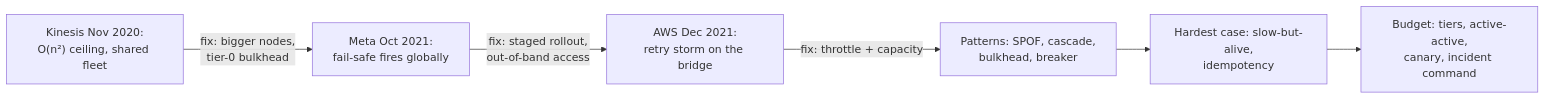
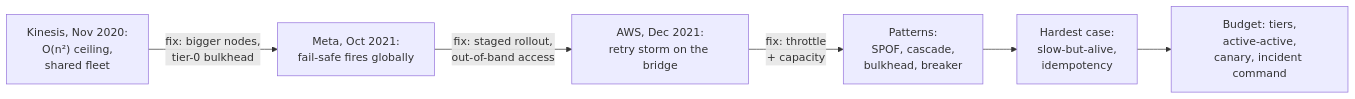
One commit to riyaz-pasha/Learnings changed diagram 11 of 11 in system-design/HLD/0-course/39-Spectacular-Failures-FAANG-Guide-story.md. Above: the diagram before and after it, drawn with Mermaid. The commit also changed other lines of this file and 1 other file, not shown here.

Commit message:
[REWRITE] Spectacular Failures story guide: simplify prose, add structure, fix diagrams

````diff
--- a/system-design/HLD/0-course/39-Spectacular-Failures-FAANG-Guide-story.md
+++ b/system-design/HLD/0-course/39-Spectacular-Failures-FAANG-Guide-story.md
@@ -429,8 +580,8 @@
 ```mermaid
 flowchart LR
-    K["Kinesis Nov 2020:<br/>O(n²) ceiling, shared fleet"] -->|"fix: bigger nodes,<br/>tier-0 bulkhead"| M["Meta Oct 2021:<br/>fail-safe fires globally"]
-    M -->|"fix: staged rollout,<br/>out-of-band access"| A["AWS Dec 2021:<br/>retry storm on the bridge"]
-    A -->|"fix: throttle + capacity"| P["Patterns: SPOF, cascade,<br/>bulkhead, breaker"]
-    P --> H["Hardest case: slow-but-alive,<br/>idempotency"]
-    H --> B["Budget: tiers, active-active,<br/>canary, incident command"]
+    K["Kinesis, Nov 2020:<br/>O(n²) ceiling,<br/>shared fleet"] -->|"fix: bigger nodes,<br/>tier-0 bulkhead"| M["Meta, Oct 2021:<br/>fail-safe fires globally"]
+    M -->|"fix: staged rollout,<br/>out-of-band access"| A["AWS, Dec 2021:<br/>retry storm on the bridge"]
+    A -->|"fix: throttle<br/>+ capacity"| P["Patterns:<br/>SPOF, cascade,<br/>bulkhead, breaker"]
+    P --> H["Hardest case:<br/>slow-but-alive,<br/>idempotency"]
+    H --> B["Budget: tiers,<br/>active-active,<br/>canary, incident command"]
 ```
````
